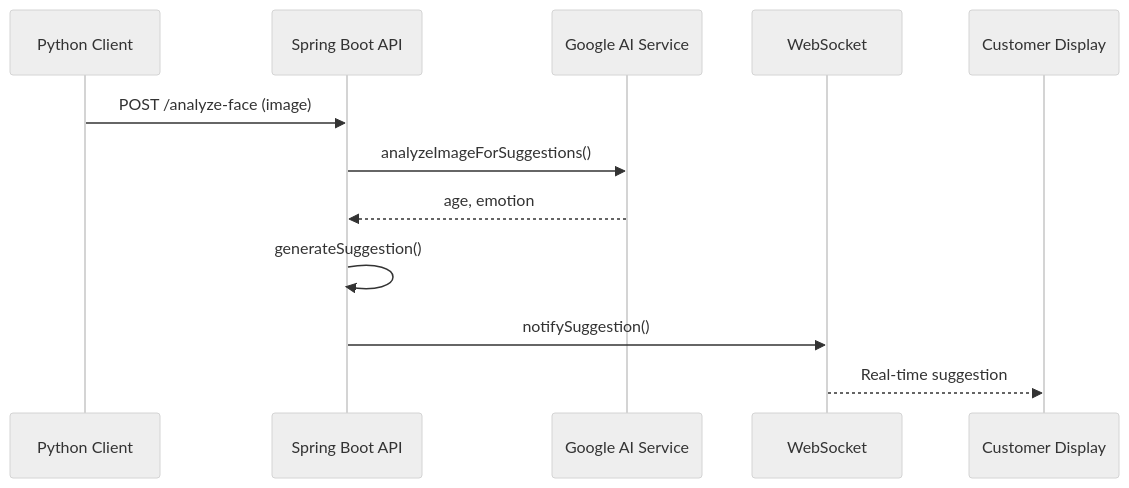
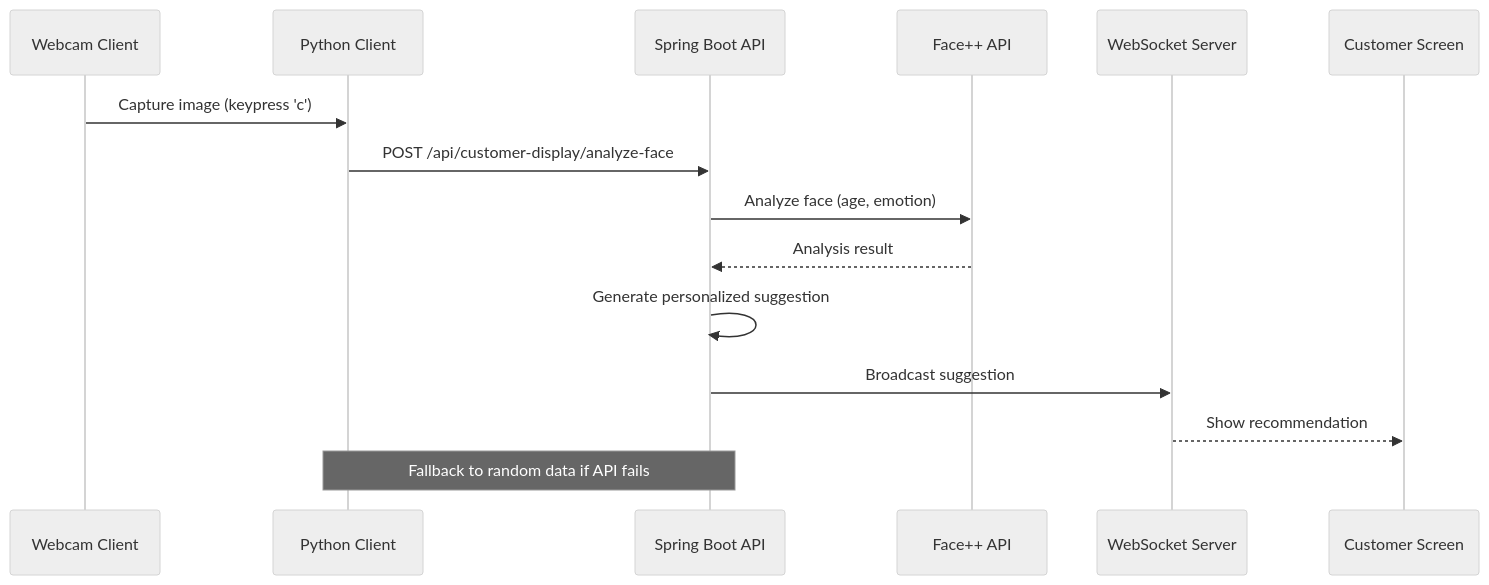
Before and after one commit to gray8493/cafe_app_v3: the third of 4 diagrams in presentation.md, drawn with Mermaid (neutral theme). The commit also changed other lines of this file and 5 other files, not shown here.

````diff
--- a/presentation.md
+++ b/presentation.md
@@ -157,15 +169,19 @@
 ```mermaid
 sequenceDiagram
-    participant Client as Python Client
-    participant API as Spring Boot API
-    participant AI as Google AI Service
-    participant WS as WebSocket
-    participant Display as Customer Display
+    participant Camera as Webcam Client
+    participant Python as Python Client
+    participant Spring as Spring Boot API
+    participant FacePP as Face++ API
+    participant WS as WebSocket Server
+    participant Display as Customer Screen
 
-    Client->>API: POST /analyze-face (image)
-    API->>AI: analyzeImageForSuggestions()
-    AI-->>API: age, emotion
-    API->>API: generateSuggestion()
-    API->>WS: notifySuggestion()
-    WS-->>Display: Real-time suggestion
+    Camera->>Python: Capture image (keypress 'c')
+    Python->>Spring: POST /api/customer-display/analyze-face
+    Spring->>FacePP: Analyze face (age, emotion)
+    FacePP-->>Spring: Analysis result
+    Spring->>Spring: Generate personalized suggestion
+    Spring->>WS: Broadcast suggestion
+    WS-->>Display: Show recommendation
+
+    Note over Python,Spring: Fallback to random data if API fails
 ```
````
